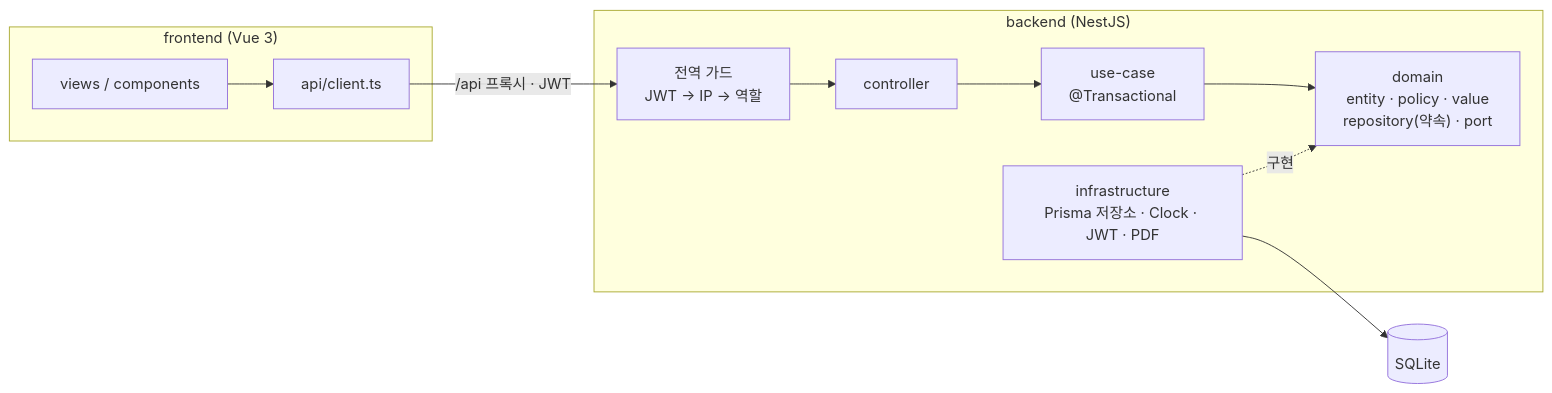
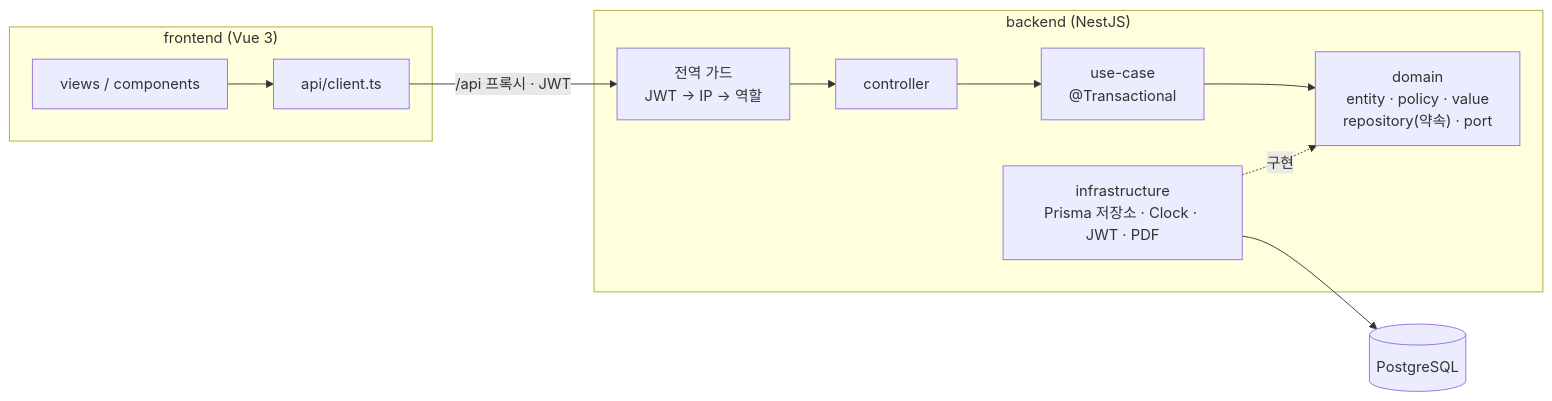
Before and after one commit to doosup/team-attendance-system: the first of 2 diagrams in README.md, drawn with Mermaid. The commit also changed other lines of this file and 14 other files, not shown here.

First line of the commit message:
chore(ATT-55): DB를 SQLite에서 PostgreSQL(Docker)로 전환

````diff
--- a/README.md
+++ b/README.md
@@ -116,14 +118,14 @@
 ```mermaid
 flowchart LR
     subgraph FE["frontend (Vue 3)"]
         V[views / components] --> API[api/client.ts]
     end
     API -- "/api 프록시 · JWT" --> G
     subgraph BE["backend (NestJS)"]
         G["전역 가드<br/>JWT → IP → 역할"] --> C[controller]
         C --> U["use-case<br/>@Transactional"]
         U --> D["domain<br/>entity · policy · value<br/>repository(약속) · port"]
         I["infrastructure<br/>Prisma 저장소 · Clock · JWT · PDF"] -. 구현 .-> D
     end
-    I --> DB[(SQLite)]
+    I --> DB[(PostgreSQL)]
 ```
````
